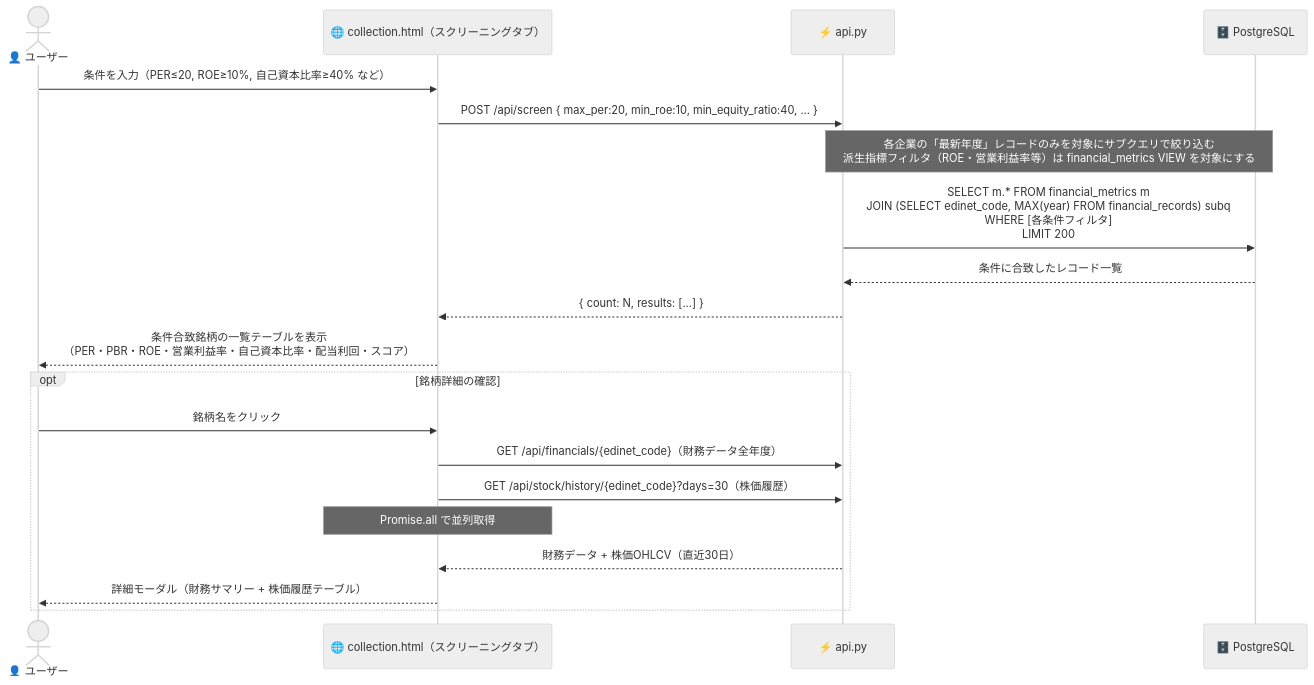
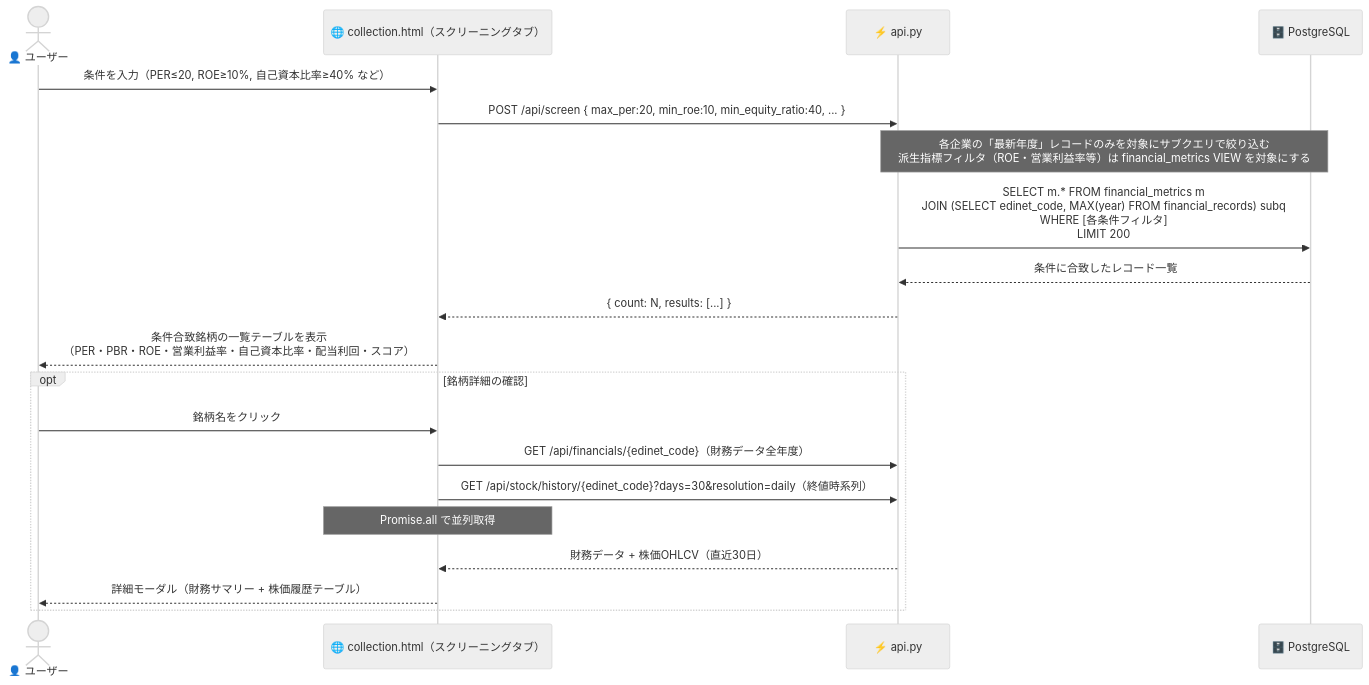
The seventh of 12 diagrams in docs/ARCHITECTURE.md (kome-kome/financial_app), drawn with Mermaid (neutral theme) before and after one commit. The commit also changed other lines of this file and 14 other files, not shown here.

First line of the commit message:
feat(stock-price): 株価を close-only 2本立て(daily+weekly)へ移行し容量を恒久対策

````diff
--- a/docs/ARCHITECTURE.md
+++ b/docs/ARCHITECTURE.md
@@ -482,26 +487,26 @@
 ```mermaid
 sequenceDiagram
     actor       User  as 👤 ユーザー
     participant UI    as 🌐 collection.html（スクリーニングタブ）
     participant API   as ⚡ api.py
     participant DB    as 🗄️ PostgreSQL
 
     User ->> UI  : 条件を入力（PER≤20, ROE≥10%, 自己資本比率≥40% など）
     UI   ->> API : POST /api/screen { max_per:20, min_roe:10, min_equity_ratio:40, ... }
 
     Note over API,DB: 各企業の「最新年度」レコードのみを対象にサブクエリで絞り込む<br/>派生指標フィルタ（ROE・営業利益率等）は financial_metrics VIEW を対象にする
     API  ->> DB  : SELECT m.* FROM financial_metrics m<br/>JOIN (SELECT edinet_code, MAX(year) FROM financial_records) subq<br/>WHERE [各条件フィルタ]<br/>LIMIT 200
     DB  -->> API : 条件に合致したレコード一覧
 
     API -->> UI  : { count: N, results: [...] }
     UI  -->> User: 条件合致銘柄の一覧テーブルを表示<br/>（PER・PBR・ROE・営業利益率・自己資本比率・配当利回・スコア）
 
     opt 銘柄詳細の確認
         User ->> UI  : 銘柄名をクリック
         UI   ->> API : GET /api/financials/{edinet_code}（財務データ全年度）
-        UI   ->> API : GET /api/stock/history/{edinet_code}?days=30（株価履歴）
+        UI   ->> API : GET /api/stock/history/{edinet_code}?days=30&resolution=daily（終値時系列）
         Note over UI: Promise.all で並列取得
         API -->> UI  : 財務データ + 株価OHLCV（直近30日）
         UI  -->> User: 詳細モーダル（財務サマリー + 株価履歴テーブル）
     end
 ```
````
